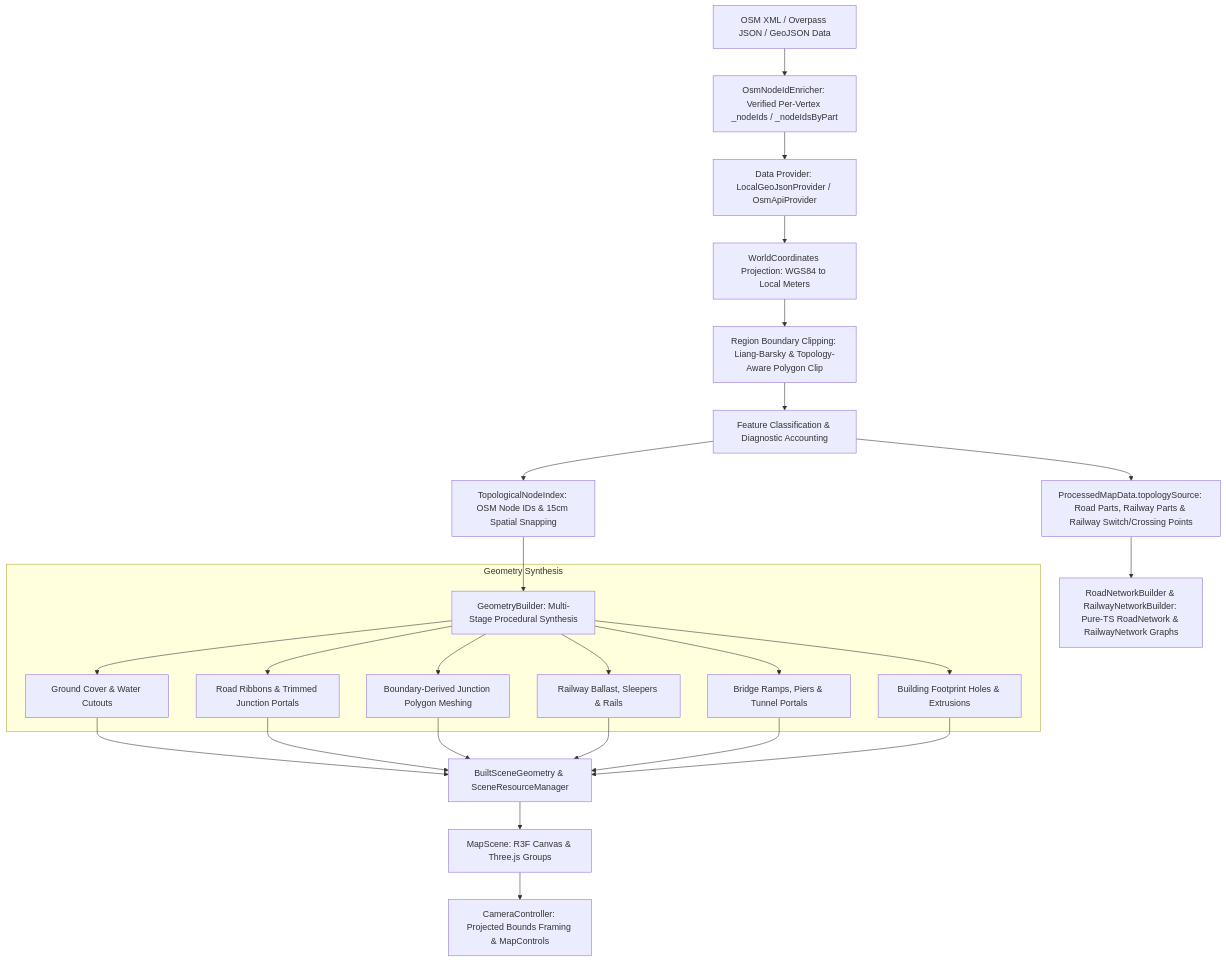
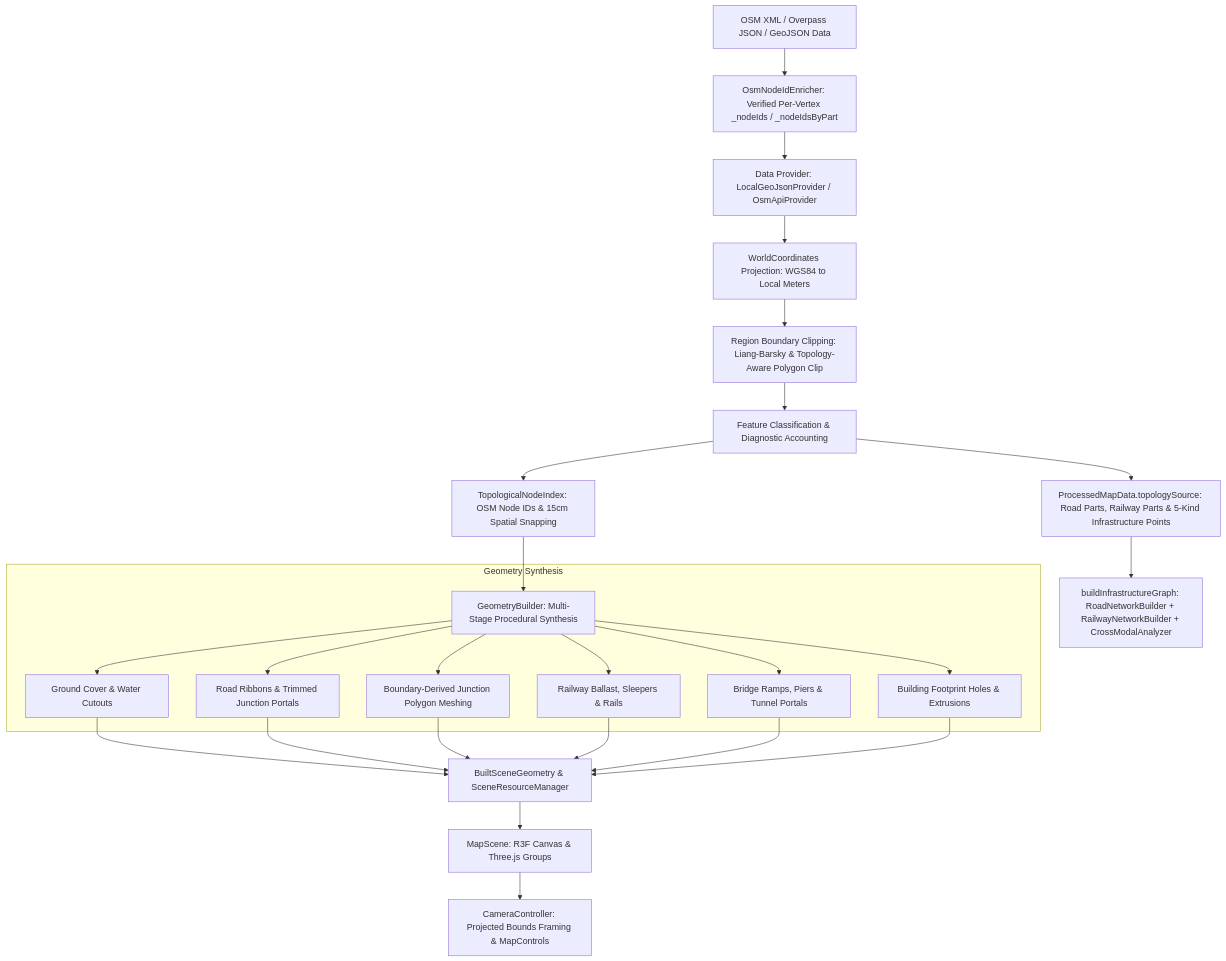
Before and after one commit to Video-S/OSM-Renderer: the diagram in docs/architecture.md, drawn with Mermaid. The commit also changed other lines of this file and 20 other files, not shown here.

First line of the commit message:
chore: update project status and roadmap

````diff
--- a/docs/architecture.md
+++ b/docs/architecture.md
@@ -36,26 +36,26 @@
 ```mermaid
 flowchart TD
     A[OSM XML / Overpass JSON / GeoJSON Data] --> A1[OsmNodeIdEnricher: Verified Per-Vertex _nodeIds / _nodeIdsByPart]
     A1 --> B[Data Provider: LocalGeoJsonProvider / OsmApiProvider]
     B --> C[WorldCoordinates Projection: WGS84 to Local Meters]
     C --> D[Region Boundary Clipping: Liang-Barsky & Topology-Aware Polygon Clip]
     D --> E[Feature Classification & Diagnostic Accounting]
-    E --> E1[ProcessedMapData.topologySource: Road Parts, Railway Parts & Railway Switch/Crossing Points]
-    E1 --> E2[RoadNetworkBuilder & RailwayNetworkBuilder: Pure-TS RoadNetwork & RailwayNetwork Graphs]
+    E --> E1[ProcessedMapData.topologySource: Road Parts, Railway Parts & 5-Kind Infrastructure Points]
+    E1 --> E2[buildInfrastructureGraph: RoadNetworkBuilder + RailwayNetworkBuilder + CrossModalAnalyzer]
     E --> F[TopologicalNodeIndex: OSM Node IDs & 15cm Spatial Snapping]
     F --> G[GeometryBuilder: Multi-Stage Procedural Synthesis]
     
     subgraph Geometry Synthesis
         G1[Ground Cover & Water Cutouts]
         G2[Road Ribbons & Trimmed Junction Portals]
         G3[Boundary-Derived Junction Polygon Meshing]
         G4[Railway Ballast, Sleepers & Rails]
         G5[Bridge Ramps, Piers & Tunnel Portals]
         G6[Building Footprint Holes & Extrusions]
         G --> G1 & G2 & G3 & G4 & G5 & G6
     end
 
     G1 & G2 & G3 & G4 & G5 & G6 --> H[BuiltSceneGeometry & SceneResourceManager]
     H --> I[MapScene: R3F Canvas & Three.js Groups]
     I --> J[CameraController: Projected Bounds Framing & MapControls]
 ```
````
